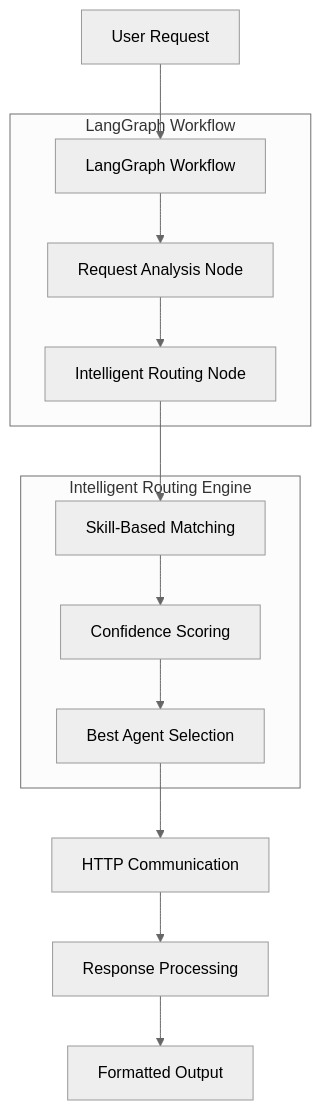
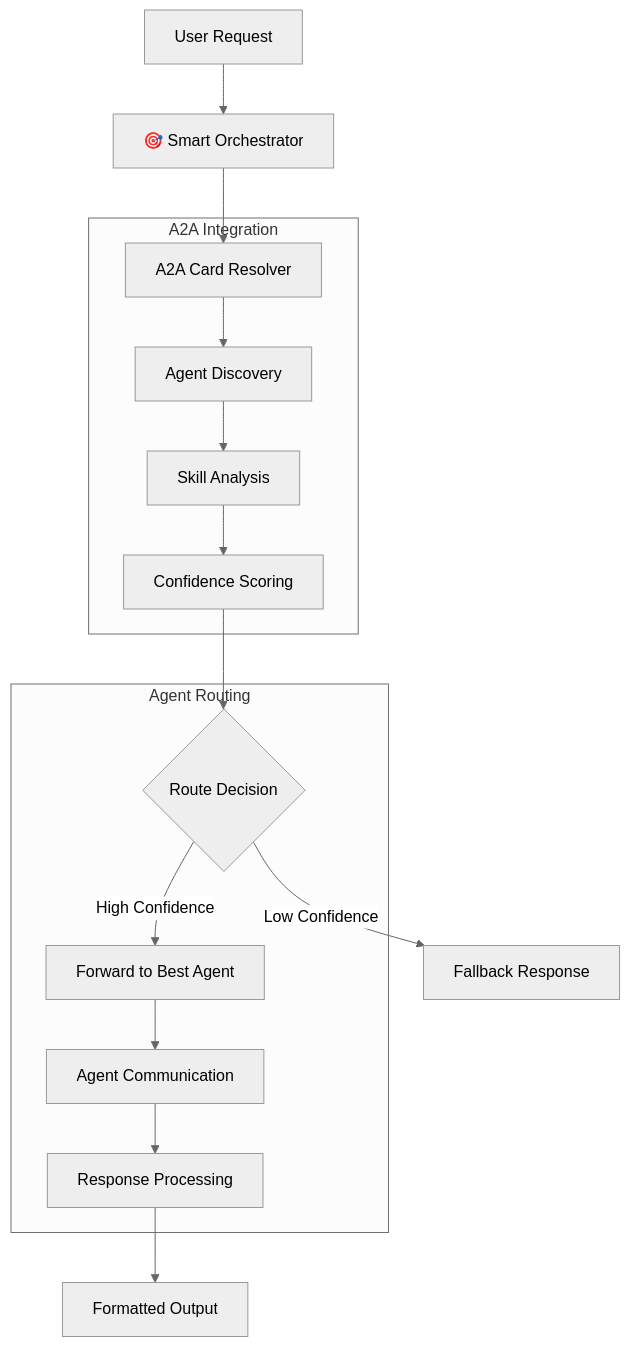
Before and after one commit to aichestra/aichestra: the diagram in orchestrator/README.md, drawn with Mermaid (neutral theme). The commit also changed other lines of this file and 13 other files, not shown here.

````diff
--- a/orchestrator/README.md
+++ b/orchestrator/README.md
@@ -38,24 +25,30 @@
 ```mermaid
 graph TD
-    A[User Request] --> B[LangGraph Workflow]
-    B --> C[Request Analysis Node]
-    C --> D[Intelligent Routing Node]
-    D --> E[Skill-Based Matching]
+    A[User Request] --> B[🎯 Smart Orchestrator]
+    B --> C[A2A Card Resolver]
+    C --> D[Agent Discovery]
+    D --> E[Skill Analysis]
     E --> F[Confidence Scoring]
-    F --> G[Best Agent Selection]
-    G --> H[HTTP Communication]
-    H --> I[Response Processing]
-    I --> J[Formatted Output]
+    F --> G{Route Decision}
     
-    subgraph "LangGraph Workflow"
-        B
+    G -->|High Confidence| H[Forward to Best Agent]
+    G -->|Low Confidence| I[Fallback Response]
+    
+    H --> J[Agent Communication]
+    J --> K[Response Processing]
+    K --> L[Formatted Output]
+    
+    subgraph "A2A Integration"
         C
         D
+        E
+        F
     end
     
-    subgraph "Intelligent Routing Engine"
-        E
-        F
+    subgraph "Agent Routing"
         G
+        H
+        J
+        K
     end
 ```
````
